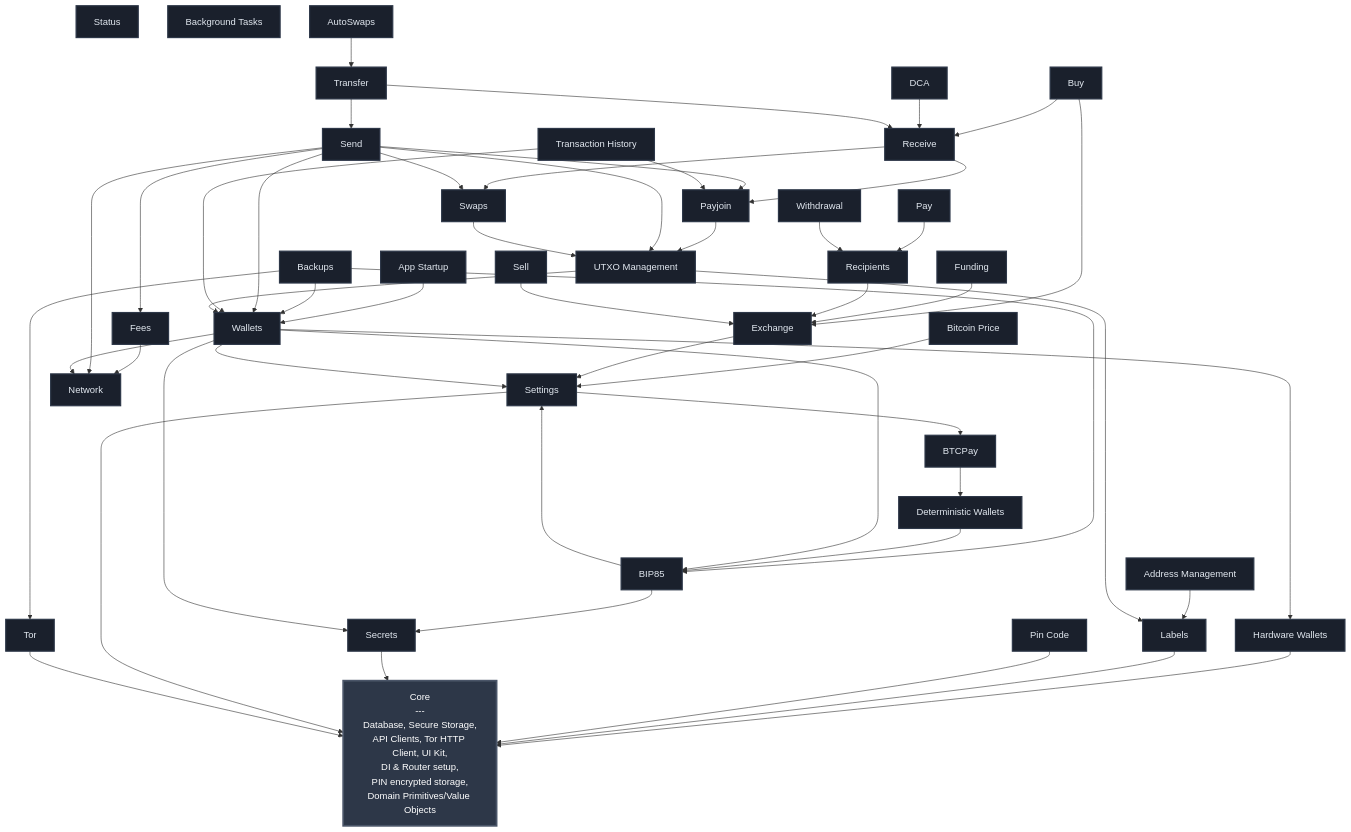
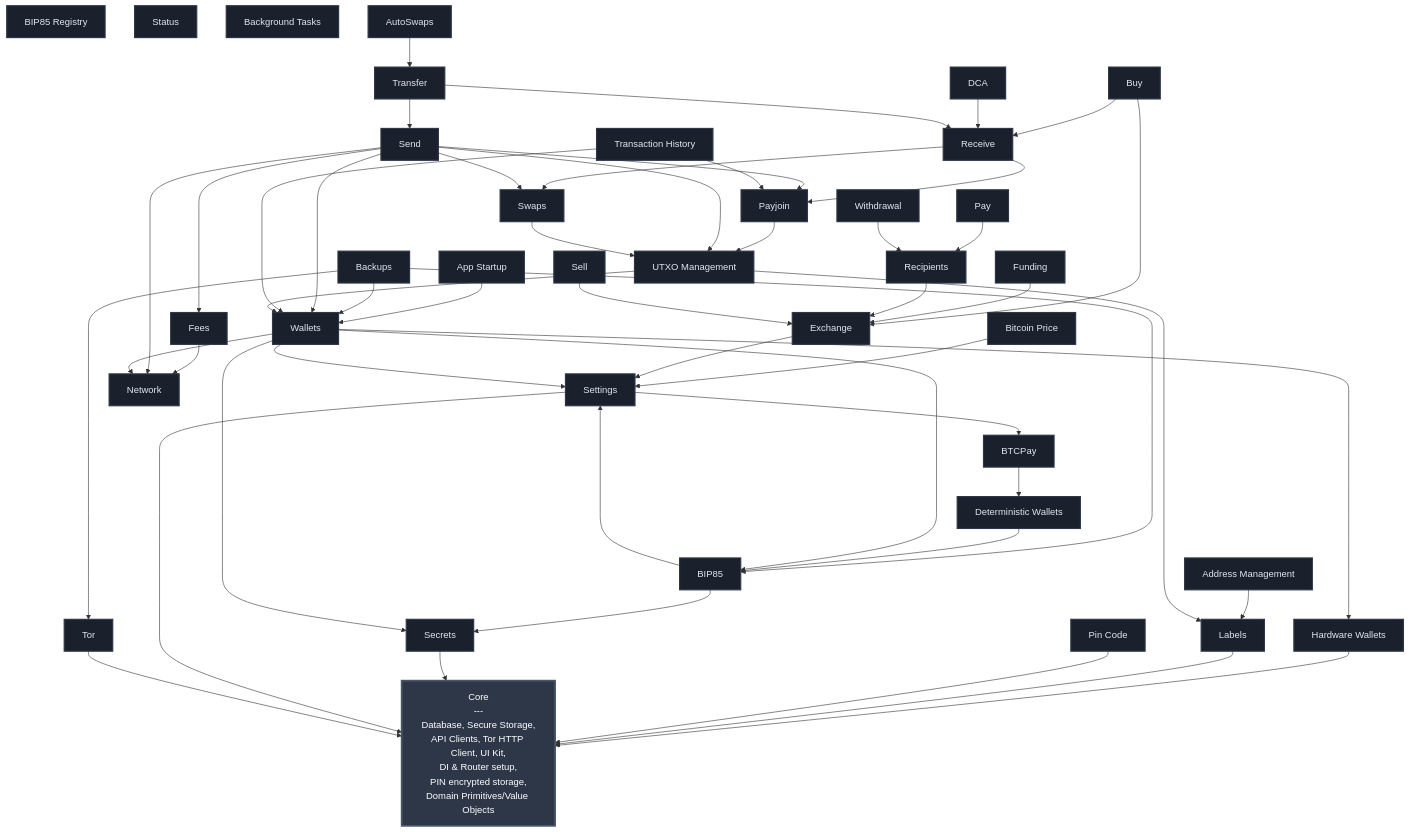
Before and after one commit to BullishNode/bullbitcoin-mobile: the diagram in FEATURES.md, drawn with Mermaid. The commit also changed 5 other files, not shown here.

Commit message:
feat(bip85): add reserved derivation registry

````diff
--- a/FEATURES.md
+++ b/FEATURES.md
@@ -20,6 +20,7 @@
     HW_WALLETS[Hardware Wallets]
     BTC_PRICE[Bitcoin Price]
     BTCPAY[BTCPay]
+    BIP85_REGISTRY[BIP85 Registry]
     DETERMINISTIC_WALLETS[Deterministic Wallets]
     NETWORK[Network]
     BIP85[BIP85]
@@ -106,5 +107,5 @@
     classDef featureStyle fill:#1a202c,stroke:#2d3748,stroke-width:2px,color:#e2e8f0
 
     class CORE coreStyle
-    class SETTINGS,TOR,PIN_CODE,LABELS,SECRETS,HW_WALLETS,BTC_PRICE,BTCPAY,DETERMINISTIC_WALLETS,NETWORK,BIP85,FEES,WALLETS,EXCHANGE,APP_STARTUP,UTXO_MGMT,ADDRESS_MGMT,RECIPIENTS,FUNDING,BACKUPS,SWAPS,PAYJOIN,WITHDRAWAL,STATUS,SEND,RECEIVE,TRANSFER,TX_HISTORY,BG_TASKS,AUTOSWAPS,DCA,SELL,PAY,BUY featureStyle
+    class SETTINGS,TOR,PIN_CODE,LABELS,SECRETS,HW_WALLETS,BTC_PRICE,BTCPAY,BIP85_REGISTRY,DETERMINISTIC_WALLETS,NETWORK,BIP85,FEES,WALLETS,EXCHANGE,APP_STARTUP,UTXO_MGMT,ADDRESS_MGMT,RECIPIENTS,FUNDING,BACKUPS,SWAPS,PAYJOIN,WITHDRAWAL,STATUS,SEND,RECEIVE,TRANSFER,TX_HISTORY,BG_TASKS,AUTOSWAPS,DCA,SELL,PAY,BUY featureStyle
 ```
````
